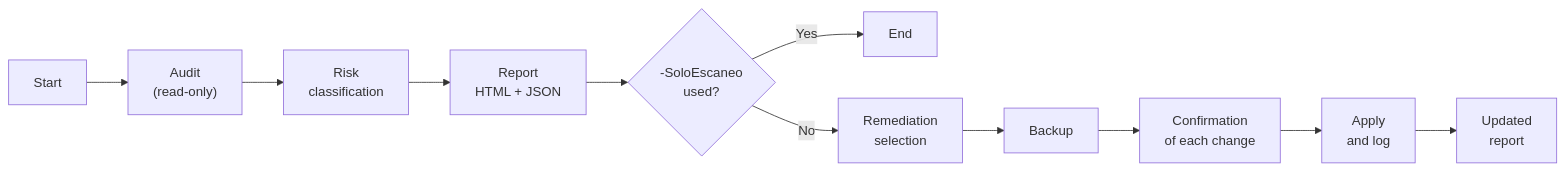
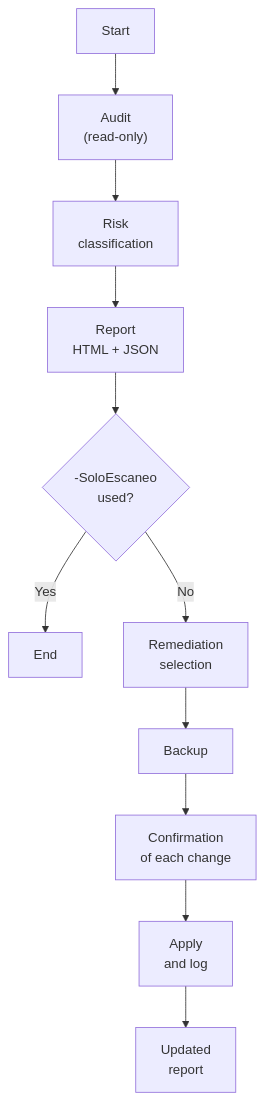
The diagram in README.en.md (FreemanHack/Auditor-Web-Local), drawn with Mermaid before and after one commit. The commit also changed 1 other file, not shown here.

````diff
--- a/README.en.md
+++ b/README.en.md
@@ -111,13 +111,13 @@
 ```mermaid
-flowchart LR
+flowchart TD
     A[Start] --> B["Audit<br/>(read-only)"]
     B --> C[Risk<br/>classification]
     C --> D[Report<br/>HTML + JSON]
     D --> E{"-SoloEscaneo<br/>used?"}
     E -- Yes --> F[End]
     E -- No --> G[Remediation<br/>selection]
     G --> H[Backup]
     H --> I[Confirmation<br/>of each change]
     I --> J[Apply<br/>and log]
     J --> K[Updated<br/>report]
 ```
````
